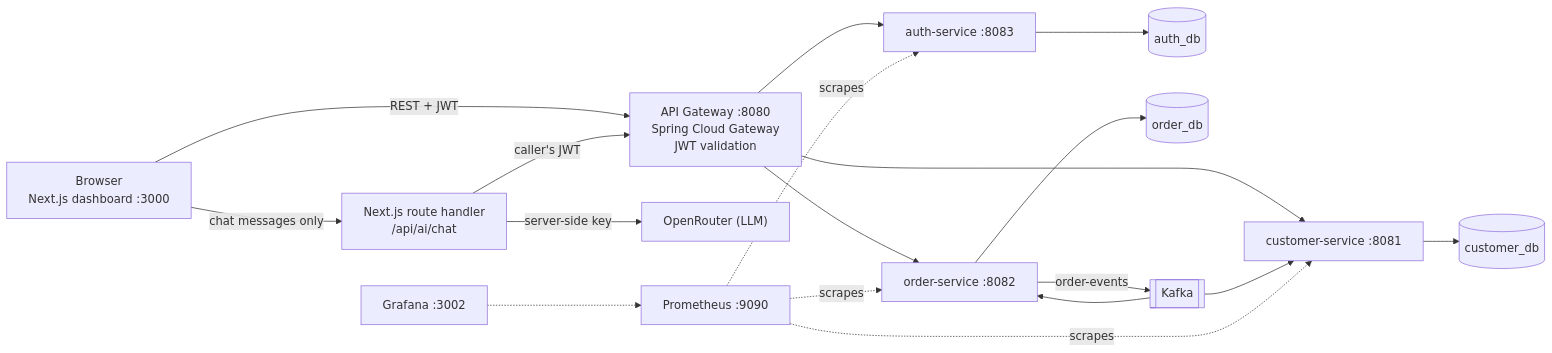
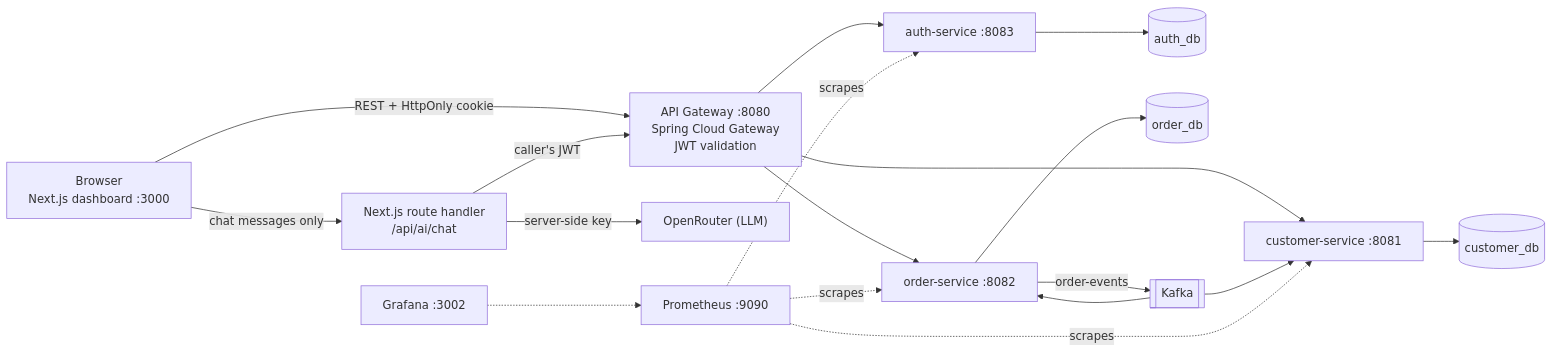
The diagram in README.md (eucardeveloper/customer-management), drawn with Mermaid before and after one commit. The commit also changed other lines of this file and 7 other files, not shown here.

````diff
--- a/README.md
+++ b/README.md
@@ -9,18 +9,18 @@
 ```mermaid
 flowchart LR
-    Browser["Browser<br/>Next.js dashboard :3000"] -->|"REST + JWT"| GW["API Gateway :8080<br/>Spring Cloud Gateway<br/>JWT validation"]
+    Browser["Browser<br/>Next.js dashboard :3000"] -->|"REST + HttpOnly cookie"| GW["API Gateway :8080<br/>Spring Cloud Gateway<br/>JWT validation"]
     Browser -->|"chat messages only"| NextAPI["Next.js route handler<br/>/api/ai/chat"]
     NextAPI -->|"caller's JWT"| GW
     NextAPI -->|"server-side key"| LLM["OpenRouter (LLM)"]
     GW --> Auth["auth-service :8083"]
     GW --> Cust["customer-service :8081"]
     GW --> Ord["order-service :8082"]
     Auth --> AuthDB[("auth_db")]
     Cust --> CustDB[("customer_db")]
     Ord --> OrdDB[("order_db")]
     Ord -->|"order-events"| Kafka[["Kafka"]]
     Kafka --> Ord
     Kafka --> Cust
     Prom["Prometheus :9090"] -.scrapes.-> Auth & Cust & Ord
     Grafana["Grafana :3002"] -.-> Prom
 ```
````
